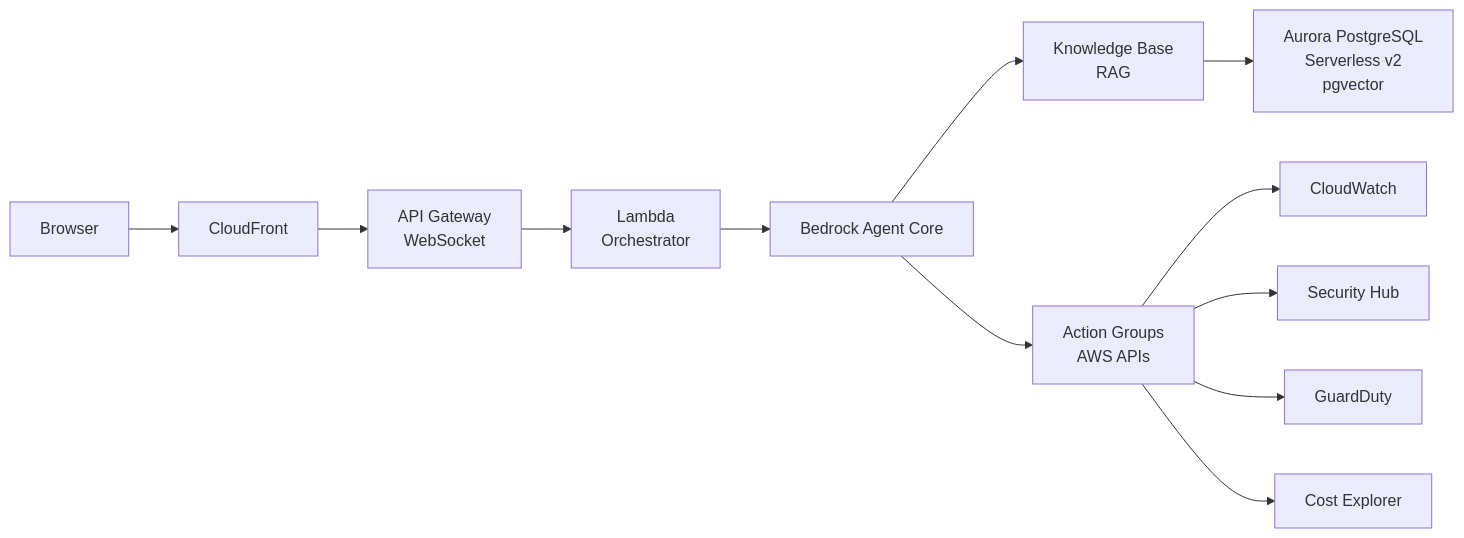
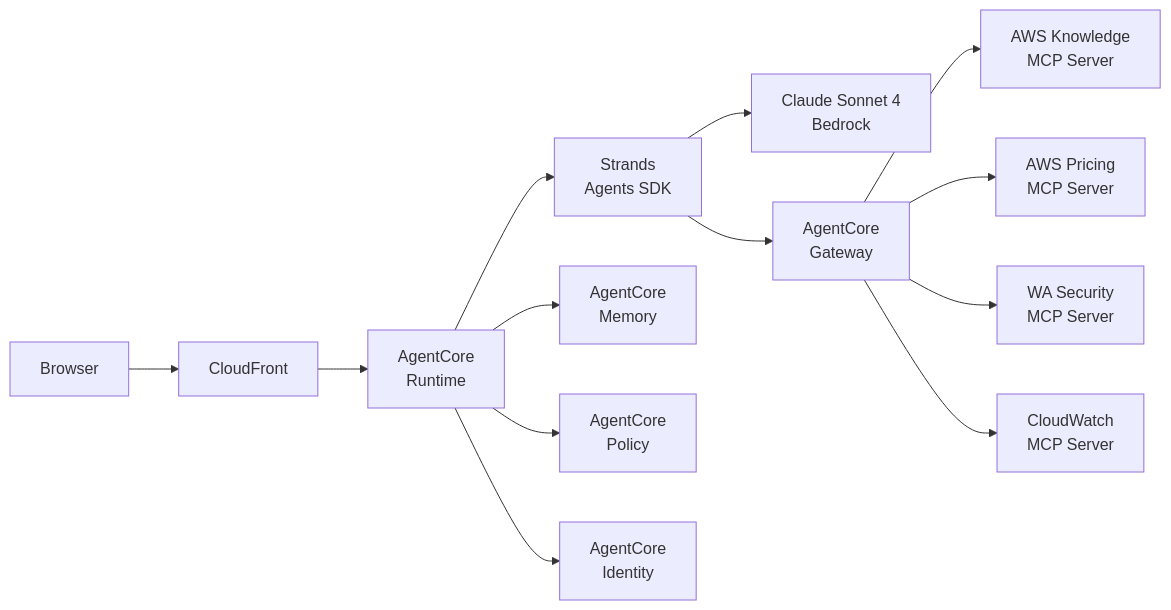
The diagram in README.md (RayihBou/AWS-Launch-Pad), drawn with Mermaid before and after one commit. The commit also changed other lines of this file and 7 other files, not shown here.

First line of the commit message:
Migrate architecture to Bedrock AgentCore with MCP servers

````diff
--- a/README.md
+++ b/README.md
@@ -19,14 +19,15 @@
 ```mermaid
 graph LR
     A[Browser] --> B[CloudFront]
-    B --> C[API Gateway<br/>WebSocket]
-    C --> D[Lambda<br/>Orchestrator]
-    D --> E[Bedrock Agent Core]
-    E --> F[Knowledge Base<br/>RAG]
-    E --> G[Action Groups<br/>AWS APIs]
-    F --> H[Aurora PostgreSQL<br/>Serverless v2<br/>pgvector]
-    G --> I[CloudWatch]
-    G --> J[Security Hub]
-    G --> K[GuardDuty]
-    G --> L[Cost Explorer]
+    B --> C[AgentCore<br/>Runtime]
+    C --> D[Strands<br/>Agents SDK]
+    D --> E[Claude Sonnet 4<br/>Bedrock]
+    D --> F[AgentCore<br/>Gateway]
+    F --> G[AWS Knowledge<br/>MCP Server]
+    F --> H[AWS Pricing<br/>MCP Server]
+    F --> I[WA Security<br/>MCP Server]
+    F --> J[CloudWatch<br/>MCP Server]
+    C --> K[AgentCore<br/>Memory]
+    C --> L[AgentCore<br/>Policy]
+    C --> M[AgentCore<br/>Identity]
 ```
````
